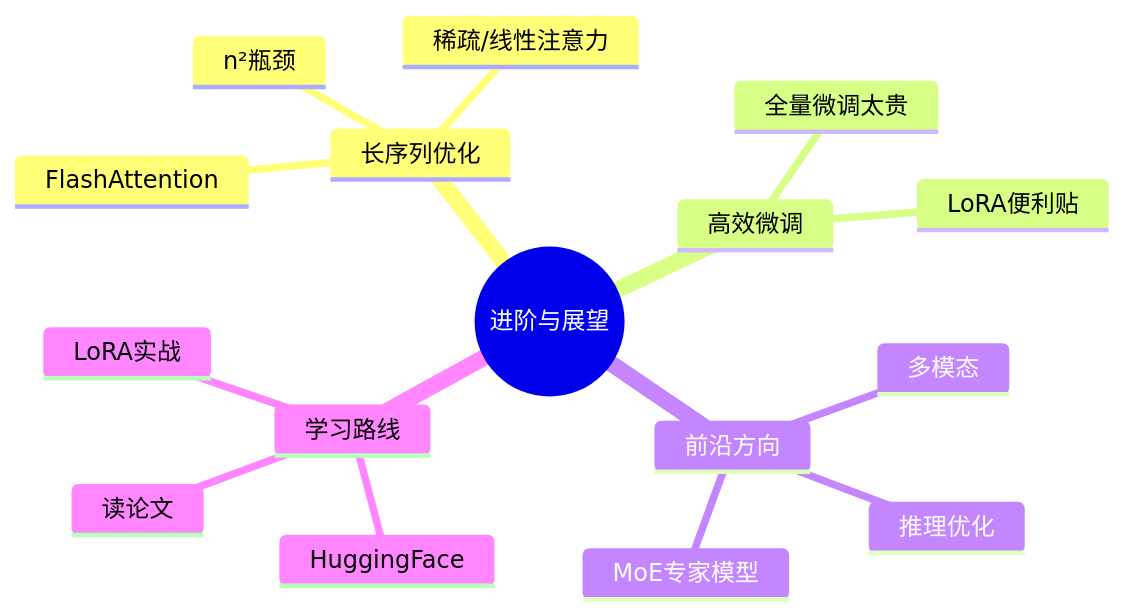
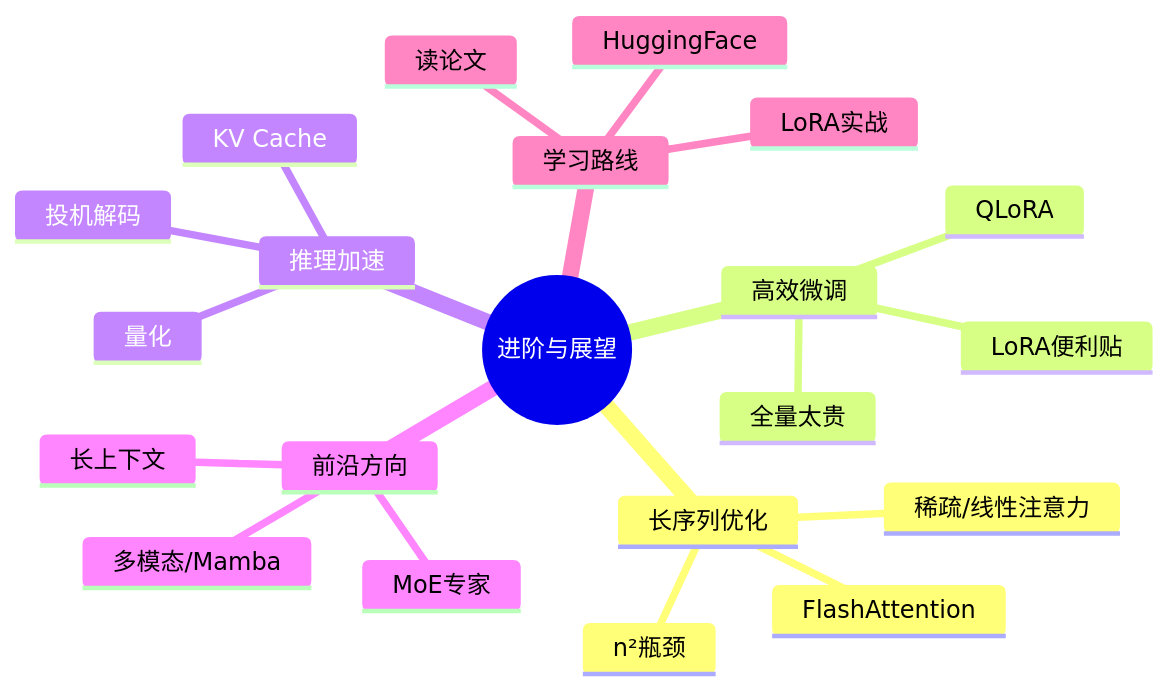
The ninth of 9 diagrams in transformer-学习资料/第12章-进阶话题与展望.md (zerioo1970/summary), drawn with Mermaid before and after one commit. The commit also changed other lines of this file and 6 other files, not shown here.

Commit message:
大幅扩写第1、2、8-12章:新增导览/数值示例/深入原理/FAQ/更多图解

````diff
--- a/transformer-学习资料/第12章-进阶话题与展望.md
+++ b/transformer-学习资料/第12章-进阶话题与展望.md
@@ -112,19 +239,24 @@
 ```mermaid
 mindmap
   root((进阶与展望))
     长序列优化
       n²瓶颈
       稀疏/线性注意力
       FlashAttention
     高效微调
-      全量微调太贵
+      全量太贵
       LoRA便利贴
+      QLoRA
+    推理加速
+      KV Cache
+      量化
+      投机解码
     前沿方向
-      MoE专家模型
-      多模态
-      推理优化
+      MoE专家
+      长上下文
+      多模态/Mamba
     学习路线
       读论文
       HuggingFace
       LoRA实战
 ```
````
